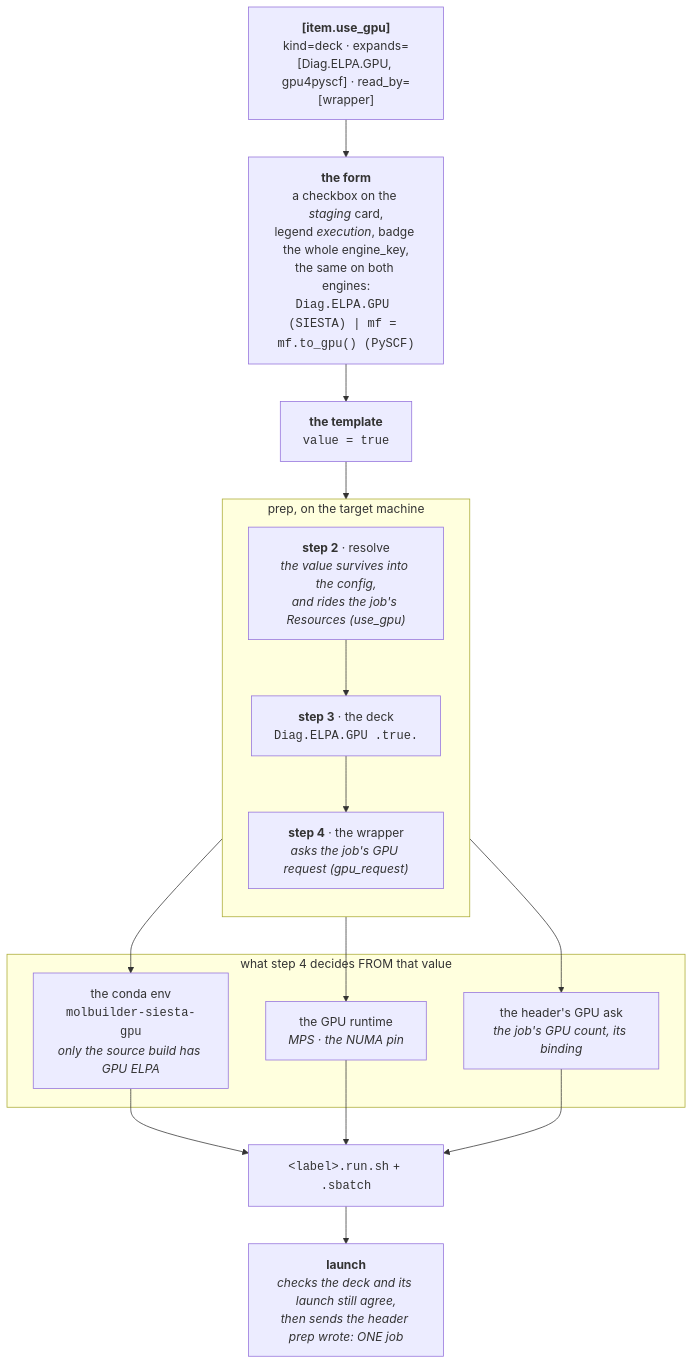
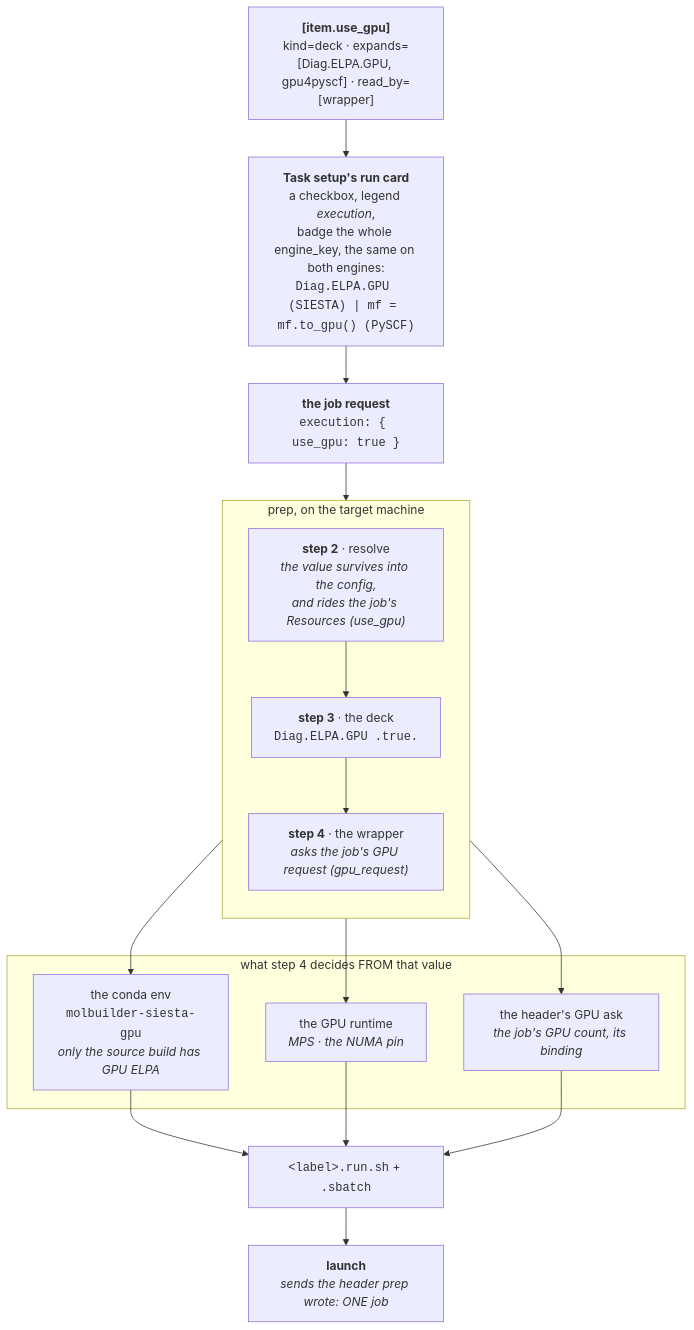
One commit to Qing-LAB/molbuilder changed the seventh of 8 diagrams in docs/engines/template.md. Above: the diagram before and after it, drawn with Mermaid. The commit also changed other lines of this file and 196 other files, not shown here.

````diff
--- a/docs/engines/template.md
+++ b/docs/engines/template.md
@@ -2547,26 +2552,26 @@
 ```mermaid
 flowchart TB
     IT["<b>[item.use_gpu]</b><br/>kind=deck · expands=[Diag.ELPA.GPU, gpu4pyscf] · read_by=[wrapper]"]
 
-    FORM["<b>the form</b><br/>a checkbox on the <i>staging</i> card,<br/>legend <i>execution</i>, badge the whole engine_key,<br/>the same on both engines:<br/><code>Diag.ELPA.GPU (SIESTA) | mf = mf.to_gpu() (PySCF)</code>"]
-    TPL["<b>the template</b><br/><code>value = true</code>"]
+    FORM["<b>Task setup's run card</b><br/>a checkbox, legend <i>execution</i>,<br/>badge the whole engine_key, the same on both engines:<br/><code>Diag.ELPA.GPU (SIESTA) | mf = mf.to_gpu() (PySCF)</code>"]
+    TPL["<b>the job request</b><br/><code>execution: { use_gpu: true }</code>"]
 
     subgraph PREP["prep, on the target machine"]
       direction TB
       S2["<b>step 2</b> · resolve<br/><i>the value survives into the config,<br/>and rides the job's Resources (use_gpu)</i>"]
       S3["<b>step 3</b> · the deck<br/><code>Diag.ELPA.GPU .true.</code>"]
       S4["<b>step 4</b> · the wrapper<br/><i>asks the job's GPU request (gpu_request)</i>"]
       S2 --> S3 --> S4
     end
 
     subgraph LAUNCH["what step 4 decides FROM that value"]
       E1["the conda env<br/><code>molbuilder-siesta-gpu</code><br/><i>only the source build has GPU ELPA</i>"]
       E2["the GPU runtime<br/><i>MPS · the NUMA pin</i>"]
       E3["the header's GPU ask<br/><i>the job's GPU count, its binding</i>"]
     end
 
     IT --> FORM --> TPL --> S2
     S4 --> E1 & E2 & E3
     E1 & E2 & E3 --> SH["<code>&lt;label&gt;.run.sh</code> + <code>.sbatch</code>"]
-    SH --> SUB["<b>launch</b><br/><i>checks the deck and its launch still agree,<br/>then sends the header prep wrote: ONE job</i>"]
+    SH --> SUB["<b>launch</b><br/><i>sends the header prep wrote: ONE job</i>"]
 ```
````
